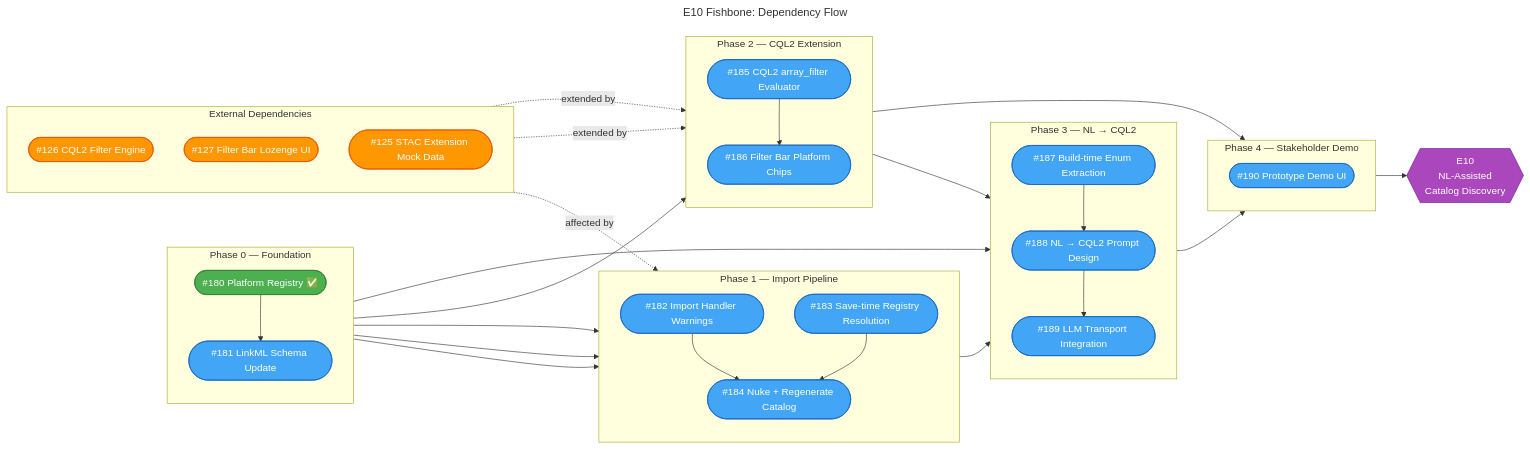
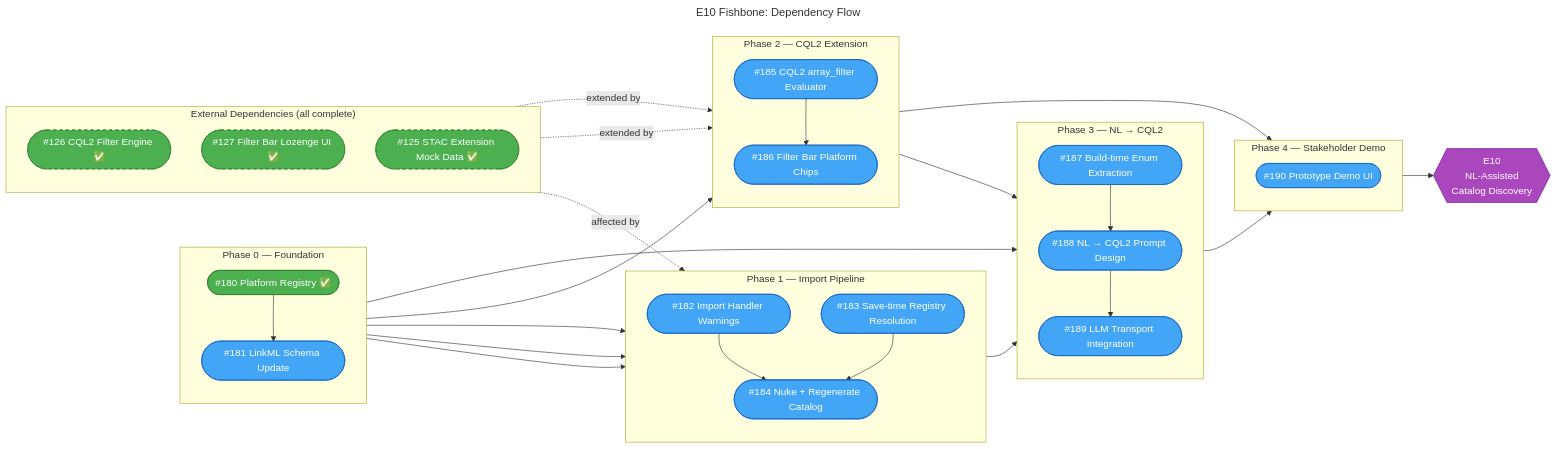
The diagram in docs/diagrams/E10-fishbone-dependencies.md (debrief/debrief-future), drawn with Mermaid before and after one commit. The commit also changed other lines of this file, not shown here.

Commit message:
docs: mark external dependencies #125, #126, #127 as complete
All three upstream features are already implemented. Updated diagram
to show them with green + checkmarks and dashed borders to distinguish
from E10's own completed items.

https://claude.ai/code/session_01JeKeVJrjYmR6HEc5UNkJRZ

```diff
--- a/docs/diagrams/E10-fishbone-dependencies.md
+++ b/docs/diagrams/E10-fishbone-dependencies.md
@@ -64,12 +64,12 @@
     %% ── Converge on goal ─────────────────────────────────
     P4 --> GOAL
 
-    %% ── External dependencies (upstream features) ───────
-    subgraph EXT["External Dependencies"]
+    %% ── External dependencies (upstream — all complete) ──
+    subgraph EXT["External Dependencies (all complete)"]
         direction TB
-        E126(["#126 CQL2 Filter Engine"])
-        E127(["#127 Filter Bar Lozenge UI"])
-        E125(["#125 STAC Extension Mock Data"])
+        E126(["#126 CQL2 Filter Engine ✅"])
+        E127(["#127 Filter Bar Lozenge UI ✅"])
+        E125(["#125 STAC Extension Mock Data ✅"])
     end
 
     E126 -.->|"extended by"| B185
@@ -79,7 +79,7 @@
     %% ── Styling ─────────────────────────────────────────
     classDef complete fill:#4caf50,stroke:#2e7d32,color:#fff
     classDef proposed fill:#42a5f5,stroke:#1565c0,color:#fff
-    classDef external fill:#ff9800,stroke:#e65100,color:#fff
+    classDef external fill:#4caf50,stroke:#2e7d32,color:#fff,stroke-dasharray: 5 5
     classDef goal fill:#ab47bc,stroke:#6a1b9a,color:#fff
 
     class B180 complete
```
